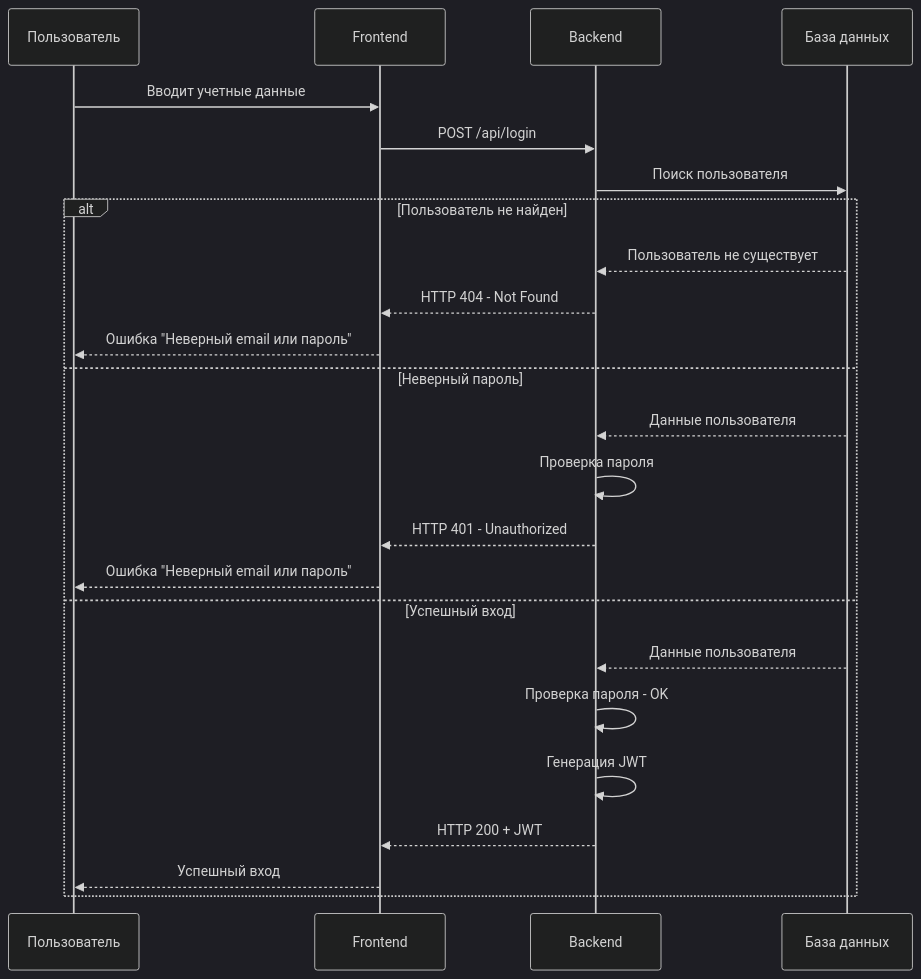
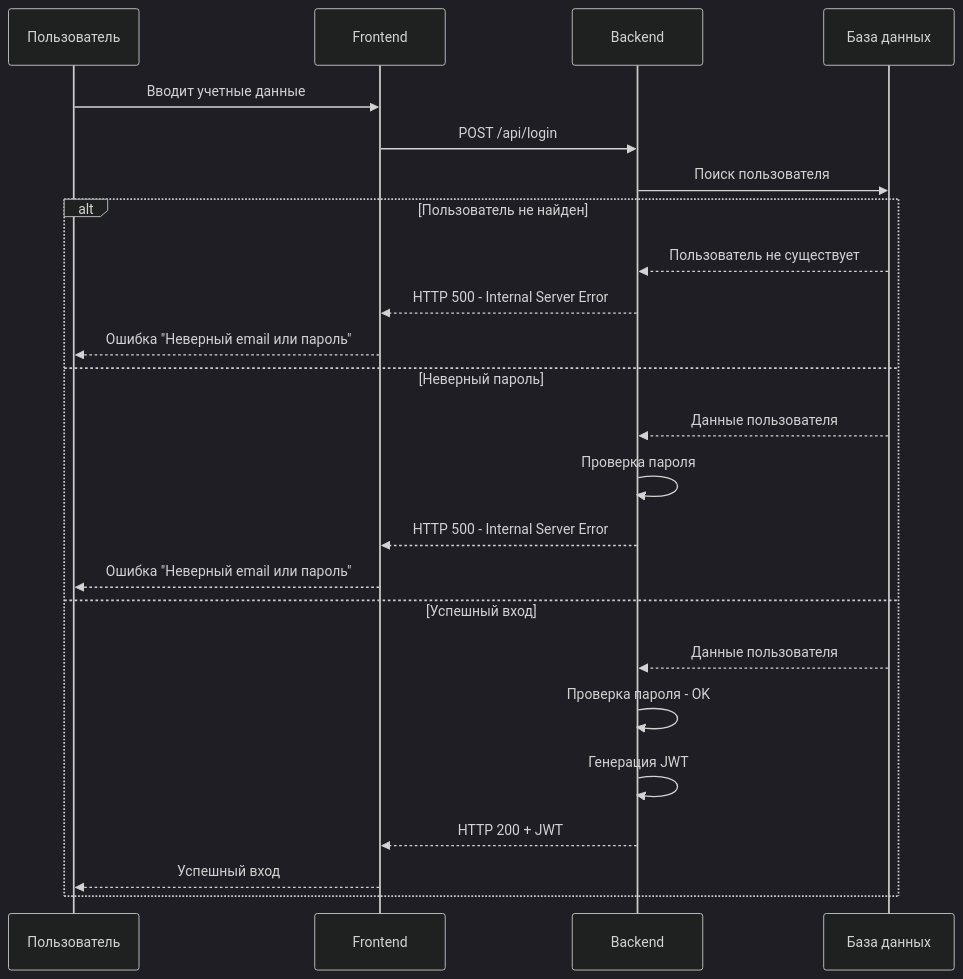
The seventh of 12 diagrams in Системный анализ для проекта Insight Room.md (Code-Sculptors/insightroom-documentation), drawn with Mermaid (dark theme) before and after one commit. The commit also changed other lines of this file, not shown here.

Commit message:
#2 fix(системный анализ): some changes in sequense diagrams

````diff
--- a/Системный анализ для проекта Insight Room.md
+++ b/Системный анализ для проекта Insight Room.md
@@ -139,27 +139,27 @@
 ```mermaid
 sequenceDiagram
     participant U as Пользователь
     participant F as Frontend
     participant B as Backend
     participant D as База данных
     
     U->>F: Вводит учетные данные
     F->>B: POST /api/login
     B->>D: Поиск пользователя
     alt Пользователь не найден
         D-->>B: Пользователь не существует
-        B-->>F: HTTP 404 - Not Found
+        B-->>F: HTTP 500 - Internal Server Error
         F-->>U: Ошибка "Неверный email или пароль"
     else Неверный пароль
         D-->>B: Данные пользователя
         B->>B: Проверка пароля
-        B-->>F: HTTP 401 - Unauthorized
+        B-->>F: HTTP 500 - Internal Server Error
         F-->>U: Ошибка "Неверный email или пароль"
     else Успешный вход
         D-->>B: Данные пользователя
         B->>B: Проверка пароля - OK
         B->>B: Генерация JWT
         B-->>F: HTTP 200 + JWT
         F-->>U: Успешный вход
     end
 ```
````
